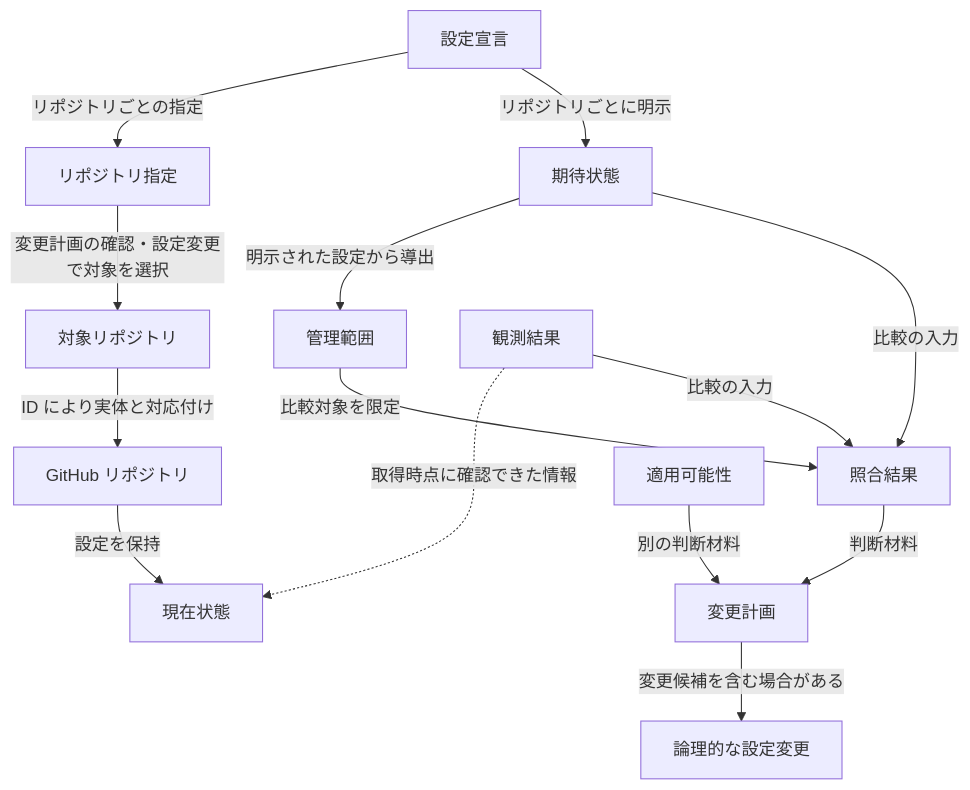
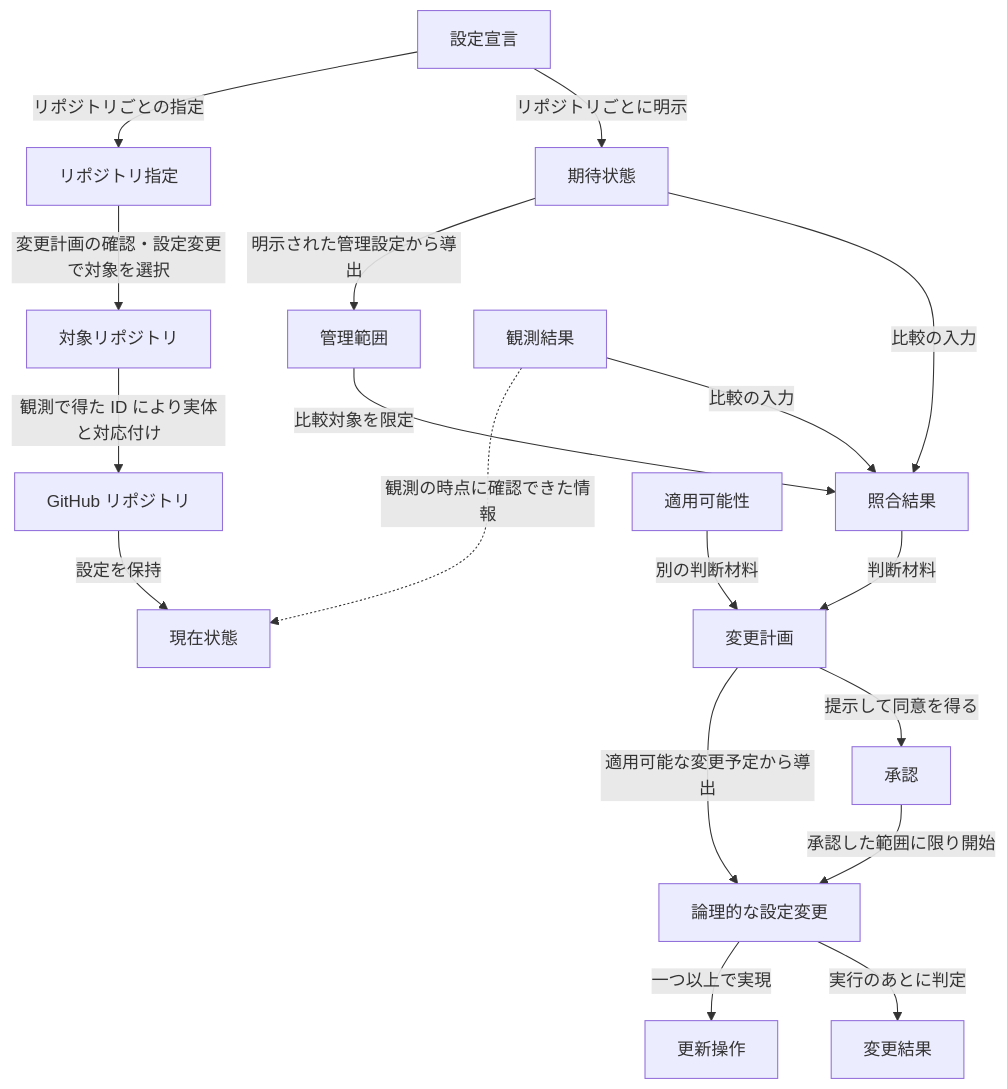
Before and after one commit to tmknom/reco: the diagram in docs/design/domain.md, drawn with Mermaid. The commit also changed other lines of this file and 35 other files, not shown here.

````diff
--- a/docs/design/domain.md
+++ b/docs/design/domain.md
@@ -13,16 +13,20 @@
 ```mermaid
 flowchart TB
     DECL["設定宣言"] -->|リポジトリごとの指定| REF["リポジトリ指定"]
     DECL -->|リポジトリごとに明示| DES["期待状態"]
-    DES -->|明示された設定から導出| SCOPE["管理範囲"]
+    DES -->|明示された管理設定から導出| SCOPE["管理範囲"]
     REF -->|変更計画の確認・設定変更で対象を選択| TARGET["対象リポジトリ"]
-    TARGET -->|ID により実体と対応付け| REPO["GitHub リポジトリ"]
+    TARGET -->|観測で得た ID により実体と対応付け| REPO["GitHub リポジトリ"]
     REPO -->|設定を保持| CUR["現在状態"]
-    OBS["観測結果"] -.->|取得時点に確認できた情報| CUR
+    OBS["観測結果"] -.->|観測の時点に確認できた情報| CUR
     DES -->|比較の入力| REC["照合結果"]
     SCOPE -->|比較対象を限定| REC
     OBS -->|比較の入力| REC
     REC -->|判断材料| PLAN["変更計画"]
     APP["適用可能性"] -->|別の判断材料| PLAN
-    PLAN -->|変更候補を含む場合がある| CHANGE["論理的な設定変更"]
+    PLAN -->|適用可能な変更予定から導出| CHANGE["論理的な設定変更"]
+    PLAN -->|提示して同意を得る| APPR["承認"]
+    APPR -->|承認した範囲に限り開始| CHANGE
+    CHANGE -->|一つ以上で実現| OP["更新操作"]
+    CHANGE -->|実行のあとに判定| RESULT["変更結果"]
 ```
````
